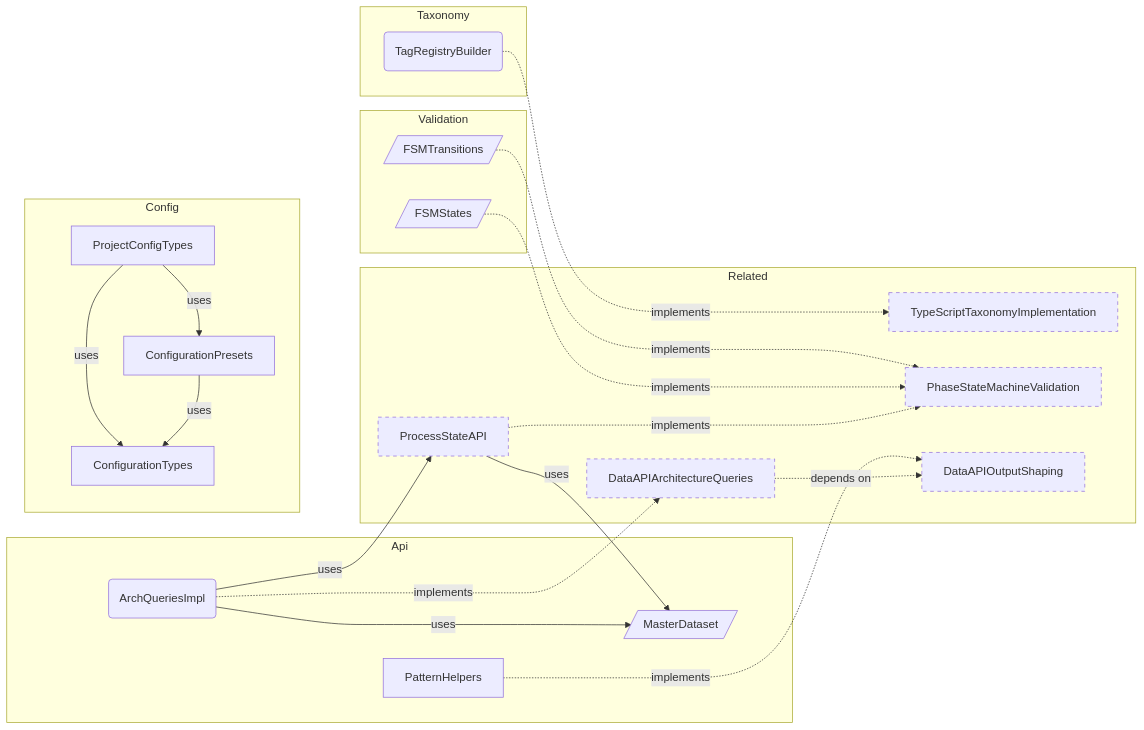
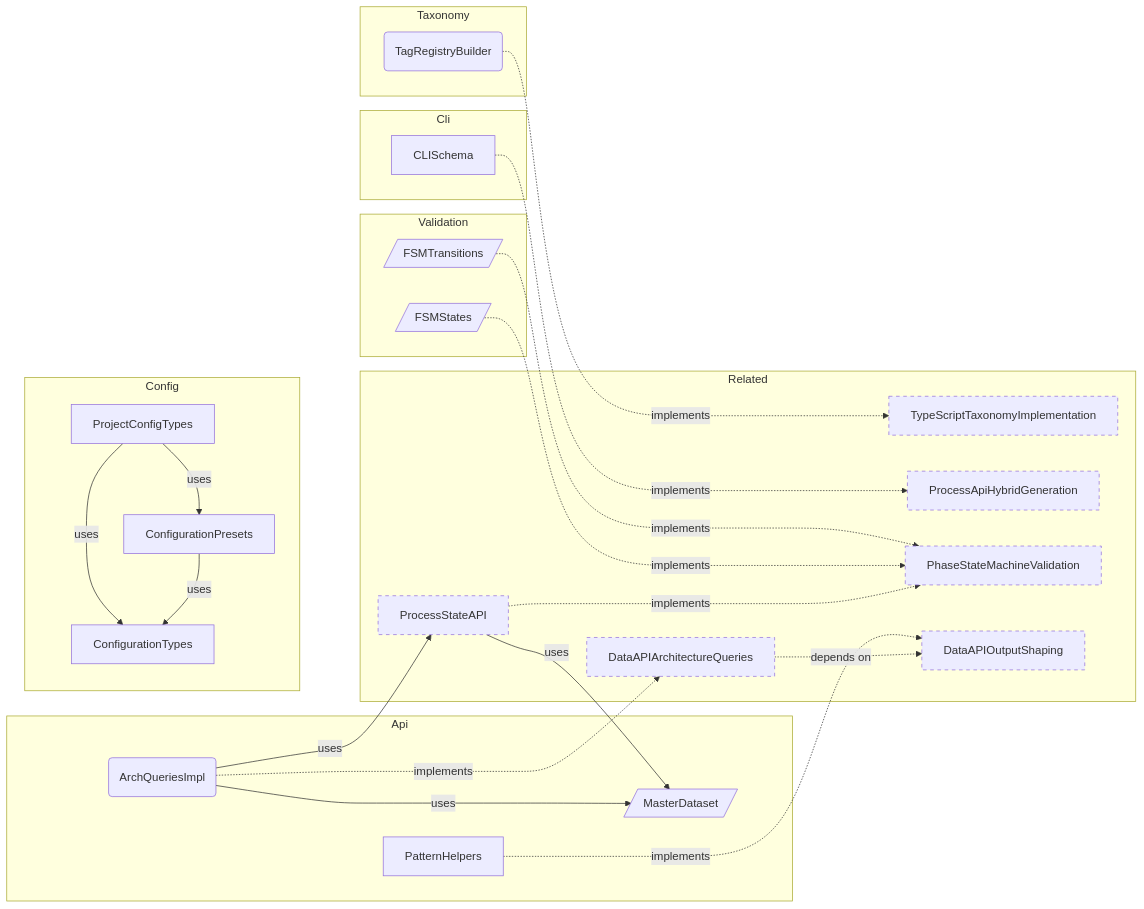
The sixth of 6 diagrams in docs-live/reference/REFERENCE-SAMPLE.md (libar-dev/architect), drawn with Mermaid before and after one commit. The commit also changed other lines of this file and 17 other files, not shown here.

First line of the commit message:
feat: implement ProcessApiHybridGeneration (Phase 43, roadmap→active)

````diff
--- a/docs-live/reference/REFERENCE-SAMPLE.md
+++ b/docs-live/reference/REFERENCE-SAMPLE.md
@@ -342,41 +346,46 @@
 ```mermaid
 graph LR
     subgraph api["Api"]
         MasterDataset[/"MasterDataset"/]
         PatternHelpers["PatternHelpers"]
         ArchQueriesImpl("ArchQueriesImpl")
+    end
+    subgraph cli["Cli"]
+        CLISchema["CLISchema"]
     end
     subgraph config["Config"]
         ConfigurationTypes["ConfigurationTypes"]
         ProjectConfigTypes["ProjectConfigTypes"]
         ConfigurationPresets["ConfigurationPresets"]
     end
     subgraph taxonomy["Taxonomy"]
         TagRegistryBuilder("TagRegistryBuilder")
     end
     subgraph validation["Validation"]
         FSMTransitions[/"FSMTransitions"/]
         FSMStates[/"FSMStates"/]
     end
     subgraph related["Related"]
         ProcessStateAPI["ProcessStateAPI"]:::neighbor
         TypeScriptTaxonomyImplementation["TypeScriptTaxonomyImplementation"]:::neighbor
+        ProcessApiHybridGeneration["ProcessApiHybridGeneration"]:::neighbor
         PhaseStateMachineValidation["PhaseStateMachineValidation"]:::neighbor
         DataAPIOutputShaping["DataAPIOutputShaping"]:::neighbor
         DataAPIArchitectureQueries["DataAPIArchitectureQueries"]:::neighbor
     end
     TagRegistryBuilder ..->|implements| TypeScriptTaxonomyImplementation
     ProjectConfigTypes -->|uses| ConfigurationTypes
     ProjectConfigTypes -->|uses| ConfigurationPresets
     ConfigurationPresets -->|uses| ConfigurationTypes
+    CLISchema ..->|implements| ProcessApiHybridGeneration
     PatternHelpers ..->|implements| DataAPIOutputShaping
     ArchQueriesImpl -->|uses| ProcessStateAPI
     ArchQueriesImpl -->|uses| MasterDataset
     ArchQueriesImpl ..->|implements| DataAPIArchitectureQueries
     FSMTransitions ..->|implements| PhaseStateMachineValidation
     FSMStates ..->|implements| PhaseStateMachineValidation
     ProcessStateAPI -->|uses| MasterDataset
     ProcessStateAPI ..->|implements| PhaseStateMachineValidation
     DataAPIArchitectureQueries -.->|depends on| DataAPIOutputShaping
     classDef neighbor stroke-dasharray: 5 5
 ```
````
